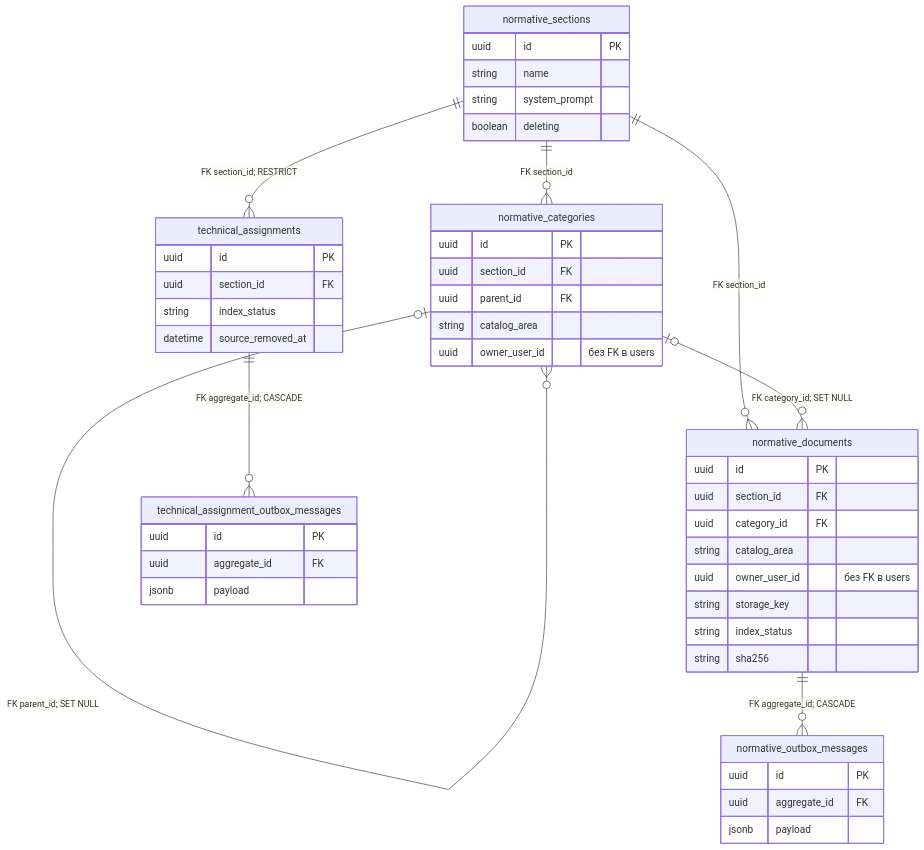
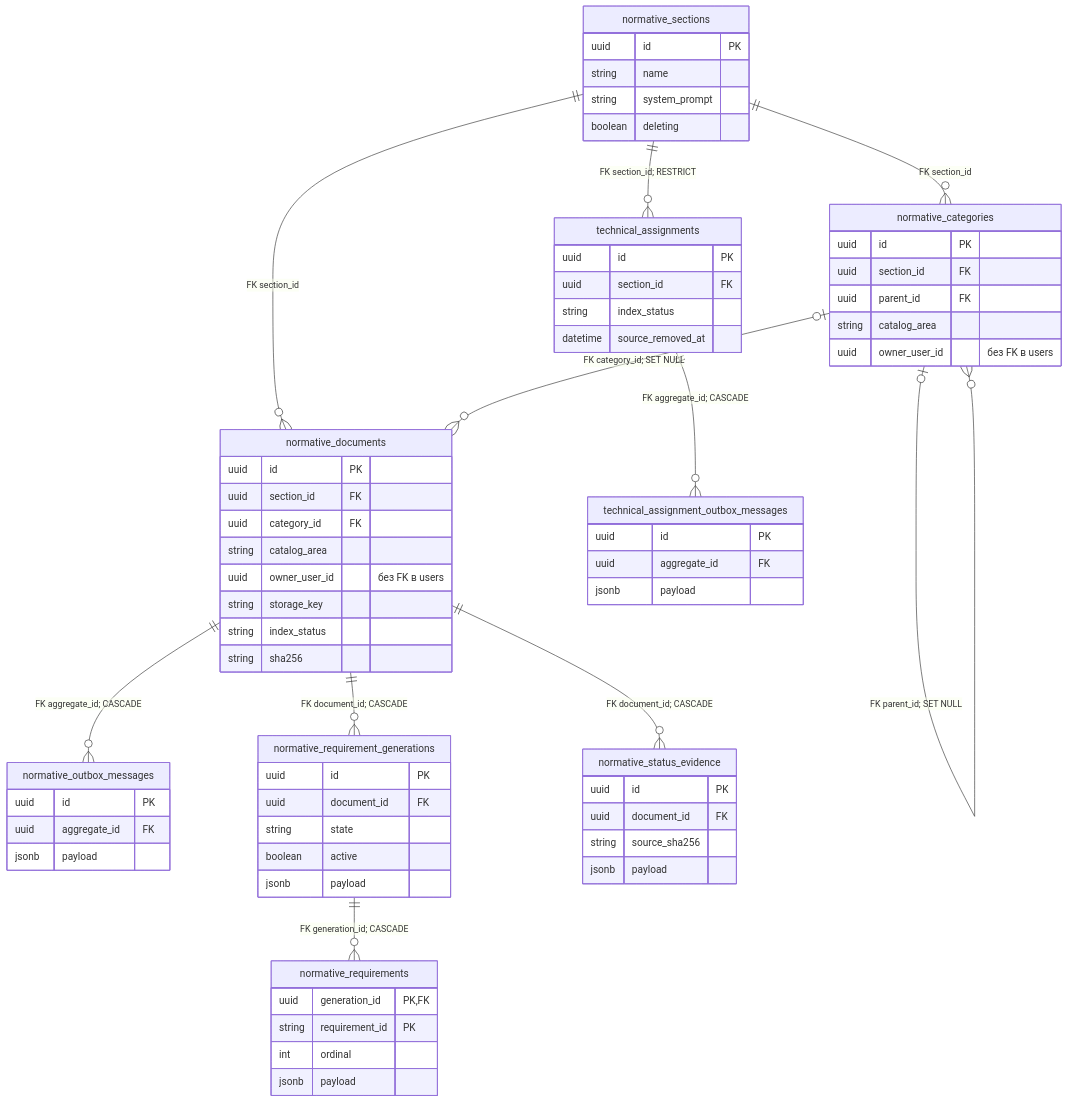
Before and after one commit to Amadu-A/PDRD-validation: the tenth of 34 diagrams in README.md, drawn with Mermaid. The commit also changed other lines of this file and 41 other files, not shown here.

````diff
--- a/README.md
+++ b/README.md
@@ -459,49 +459,71 @@
 ```mermaid
 erDiagram
     normative_sections ||--o{ normative_categories : "FK section_id"
     normative_sections ||--o{ normative_documents : "FK section_id"
     normative_categories o|--o{ normative_categories : "FK parent_id; SET NULL"
     normative_categories o|--o{ normative_documents : "FK category_id; SET NULL"
     normative_documents ||--o{ normative_outbox_messages : "FK aggregate_id; CASCADE"
+    normative_documents ||--o{ normative_requirement_generations : "FK document_id; CASCADE"
+    normative_requirement_generations ||--o{ normative_requirements : "FK generation_id; CASCADE"
+    normative_documents ||--o{ normative_status_evidence : "FK document_id; CASCADE"
     normative_sections ||--o{ technical_assignments : "FK section_id; RESTRICT"
     technical_assignments ||--o{ technical_assignment_outbox_messages : "FK aggregate_id; CASCADE"
     normative_sections {
         uuid id PK
         string name
         string system_prompt
         boolean deleting
     }
     normative_categories {
         uuid id PK
         uuid section_id FK
         uuid parent_id FK
         string catalog_area
         uuid owner_user_id "без FK в users"
     }
     normative_documents {
         uuid id PK
         uuid section_id FK
         uuid category_id FK
         string catalog_area
         uuid owner_user_id "без FK в users"
         string storage_key
         string index_status
         string sha256
     }
     normative_outbox_messages {
         uuid id PK
         uuid aggregate_id FK
         jsonb payload
     }
+    normative_requirement_generations {
+        uuid id PK
+        uuid document_id FK
+        string state
+        boolean active
+        jsonb payload
+    }
+    normative_requirements {
+        uuid generation_id PK, FK
+        string requirement_id PK
+        int ordinal
+        jsonb payload
+    }
+    normative_status_evidence {
+        uuid id PK
+        uuid document_id FK
+        string source_sha256
+        jsonb payload
+    }
     technical_assignments {
         uuid id PK
         uuid section_id FK
         string index_status
         datetime source_removed_at
     }
     technical_assignment_outbox_messages {
         uuid id PK
         uuid aggregate_id FK
         jsonb payload
     }
 ```
````
